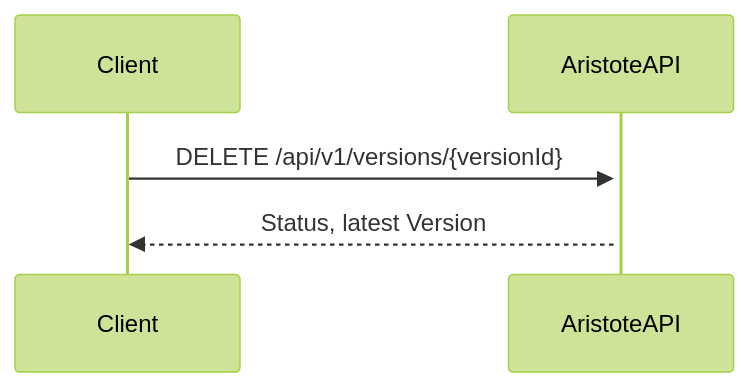
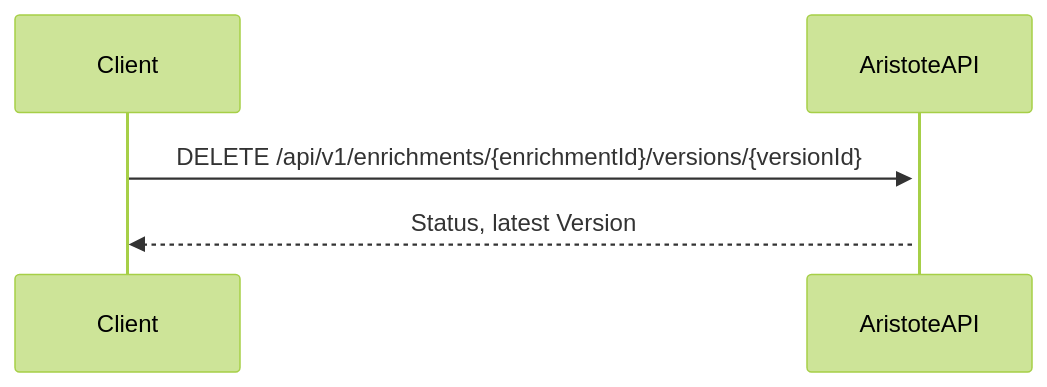
One commit to CentraleSupelec/aristote-api changed diagram 12 of 15 in docs/AristoteAPI_Client_guide.md. Above: the diagram before and after it, drawn with Mermaid (forest theme). The commit also changed other lines of this file, not shown here.

Commit message:
Update AristoteAPI_Client_guide to add Evaluations

````diff
--- a/docs/AristoteAPI_Client_guide.md
+++ b/docs/AristoteAPI_Client_guide.md
@@ -131,7 +159,7 @@
 ```mermaid
 sequenceDiagram
    participant Client
    participant AristoteAPI
-   Client->>+AristoteAPI: DELETE /api/v1/versions/{versionId}
+   Client->>+AristoteAPI: DELETE /api/v1/enrichments/{enrichmentId}/versions/{versionId}
    AristoteAPI-->>Client: Status, latest Version
 ```
````
